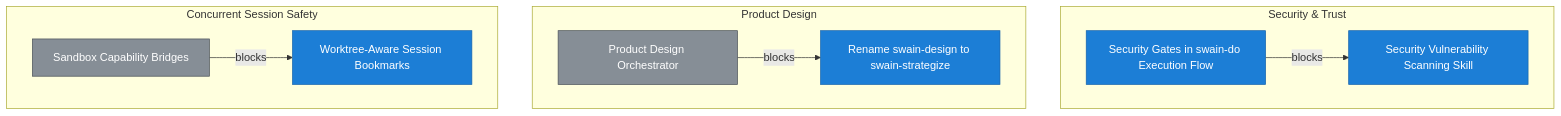
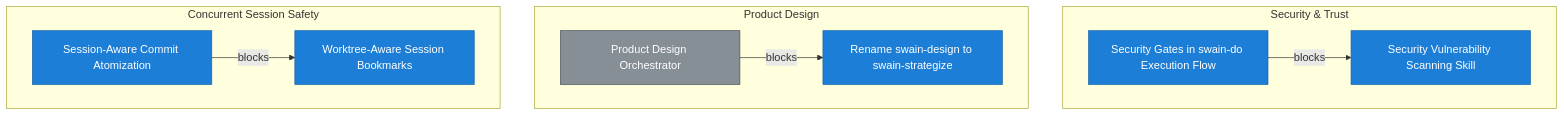
Before and after one commit to cristoslc/swain: the second of 2 diagrams in ROADMAP.md, drawn with Mermaid. The commit also changed other lines of this file and 38 other files, not shown here.

````diff
--- a/ROADMAP.md
+++ b/ROADMAP.md
@@ -145,22 +277,22 @@
 ```mermaid
 flowchart TD
     classDef doFirst fill:#e03131,stroke:#c92a2a,color:#fff
     classDef scheduled fill:#f59f00,stroke:#e67700,color:#000
     classDef inProgress fill:#1c7ed6,stroke:#1864ab,color:#fff
     classDef backlog fill:#868e96,stroke:#495057,color:#fff
     subgraph INITIATIVE_004["Security & Trust"]
         EPIC_017["Security Vulnerability Scanning Skill"]:::inProgress
         EPIC_023["Security Gates in swain-do Execution Flow"]:::inProgress
     end
     subgraph INITIATIVE_007["Product Design"]
         EPIC_019["Rename swain-design to swain-strategize"]:::inProgress
         EPIC_021["Product Design Orchestrator"]:::backlog
     end
     subgraph INITIATIVE_013["Concurrent Session Safety"]
         EPIC_016["Worktree-Aware Session Bookmarks"]:::inProgress
-        EPIC_036["Sandbox Capability Bridges"]:::backlog
+        EPIC_036["Session-Aware Commit Atomization"]:::inProgress
     end
     EPIC_021 -->|blocks| EPIC_019
     EPIC_023 -->|blocks| EPIC_017
     EPIC_036 -->|blocks| EPIC_016
 ```
````
